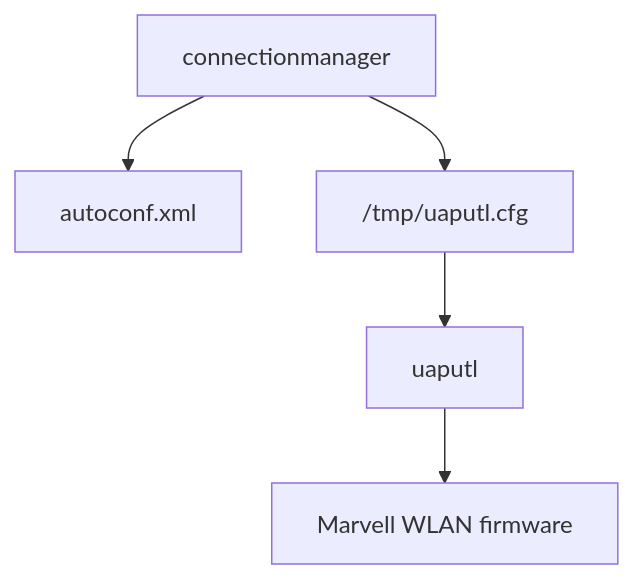
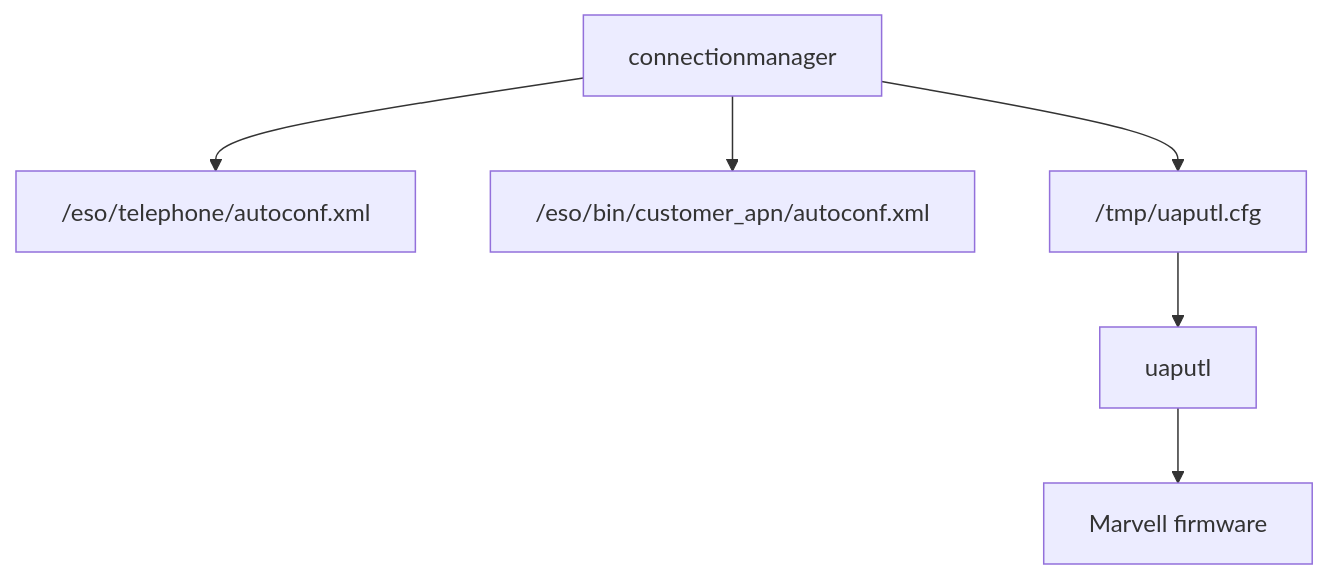
Diagram 14 of 22 in docs/wifi.md (joeyQuery/MHI2-Wireless-CarPlay), drawn with Mermaid before and after one commit. The commit also changed other lines of this file, not shown here.

````diff
--- a/docs/wifi.md
+++ b/docs/wifi.md
@@ -246,15 +459,17 @@
 ```mermaid
 flowchart TB
     CM["connectionmanager"]
 
-    AUTOCONF["autoconf.xml"]
+    AUTO["/eso/telephone/autoconf.xml"]
+    CUSTOMER["/eso/bin/customer_apn/autoconf.xml"]
     CFG["/tmp/uaputl.cfg"]
 
     UAPUTL["uaputl"]
-    FW["Marvell WLAN firmware"]
+    FW["Marvell firmware"]
 
-    CM --> AUTOCONF
+    CM --> AUTO
+    CM --> CUSTOMER
     CM --> CFG
     CFG --> UAPUTL
     UAPUTL --> FW
 ```
````
